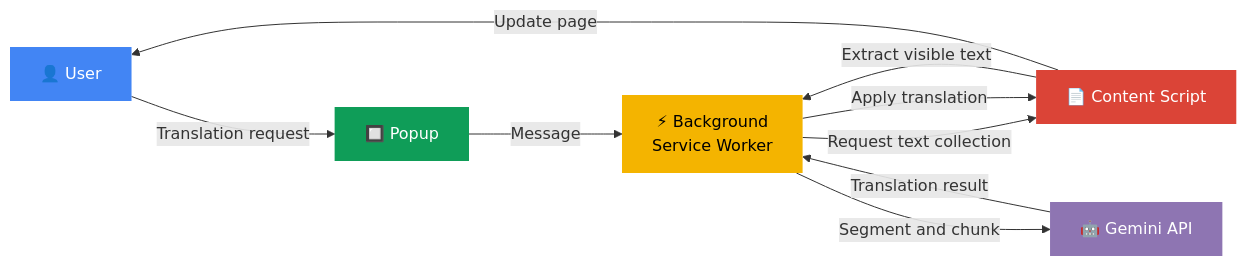
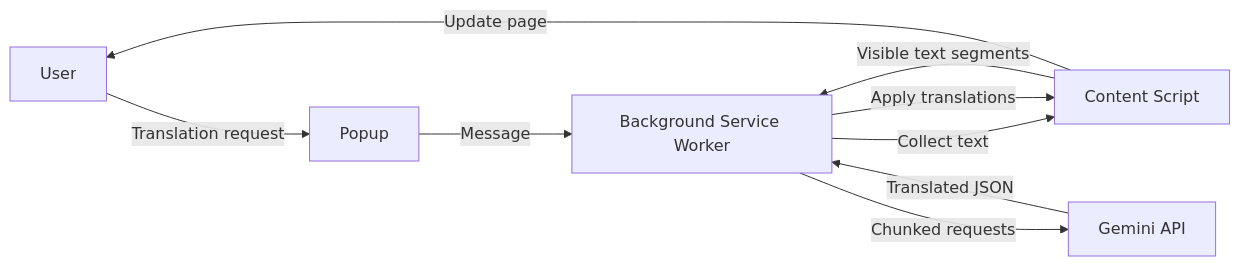
The diagram in README.md (NANMAZINO/context-translator), drawn with Mermaid before and after one commit. The commit also changed other lines of this file and 8 other files, not shown here.

````diff
--- a/README.md
+++ b/README.md
@@ -95,17 +38,11 @@
 ```mermaid
 flowchart LR
-    A["👤 User"] -->|Translation request| B["🔲 Popup"]
-    B -->|Message| C["⚡ Background\nService Worker"]
-    C -->|Request text collection| D["📄 Content Script"]
-    D -->|Extract visible text| C
-    C -->|Segment and chunk| E["🤖 Gemini API"]
-    E -->|Translation result| C
-    C -->|Apply translation| D
+    A["User"] -->|Translation request| B["Popup"]
+    B -->|Message| C["Background Service Worker"]
+    C -->|Collect text| D["Content Script"]
+    D -->|Visible text segments| C
+    C -->|Chunked requests| E["Gemini API"]
+    E -->|Translated JSON| C
+    C -->|Apply translations| D
     D -->|Update page| A
-
-    style A fill:#4285F4,color:#fff,stroke:none
-    style B fill:#0F9D58,color:#fff,stroke:none
-    style C fill:#F4B400,color:#000,stroke:none
-    style D fill:#DB4437,color:#fff,stroke:none
-    style E fill:#8E75B2,color:#fff,stroke:none
 ```
````
